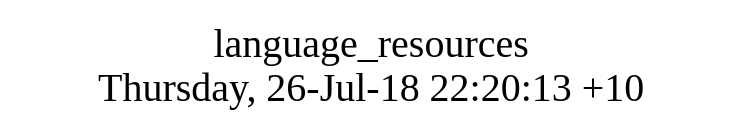
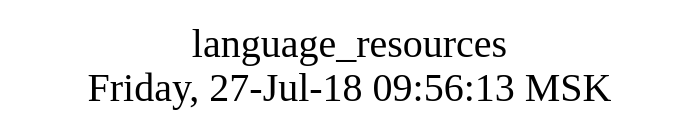
The diagram in src/basic/language_resources/struct.dot (AplaProject/apps), drawn with Graphviz before and after one commit. The commit also changed 18 other files, not shown here.

```diff
--- a/src/basic/language_resources/struct.dot
+++ b/src/basic/language_resources/struct.dot
@@ -1,8 +1,10 @@
 digraph G {
-fontsize="24";
-label="language_resources\nThursday, 26-Jul-18 22:20:13 +10";
-nojustify=true;
-ordering=out;
-rankdir=LR;
-size="30";
+graph [
+  fontsize="24";
+  label="language_resources\nFriday, 27-Jul-18 09:56:13 MSK";
+  nojustify=true;
+  ordering=out;
+  rankdir=LR;
+  size="30";
+];
 }
```
